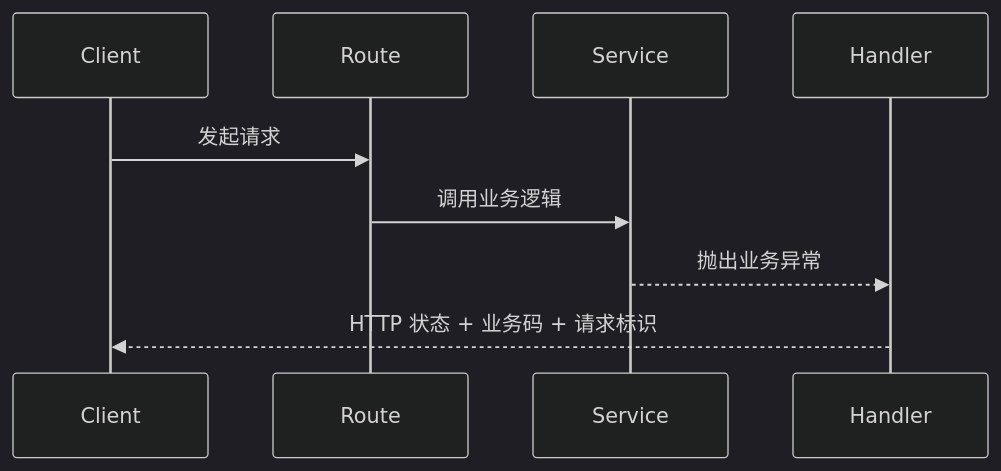
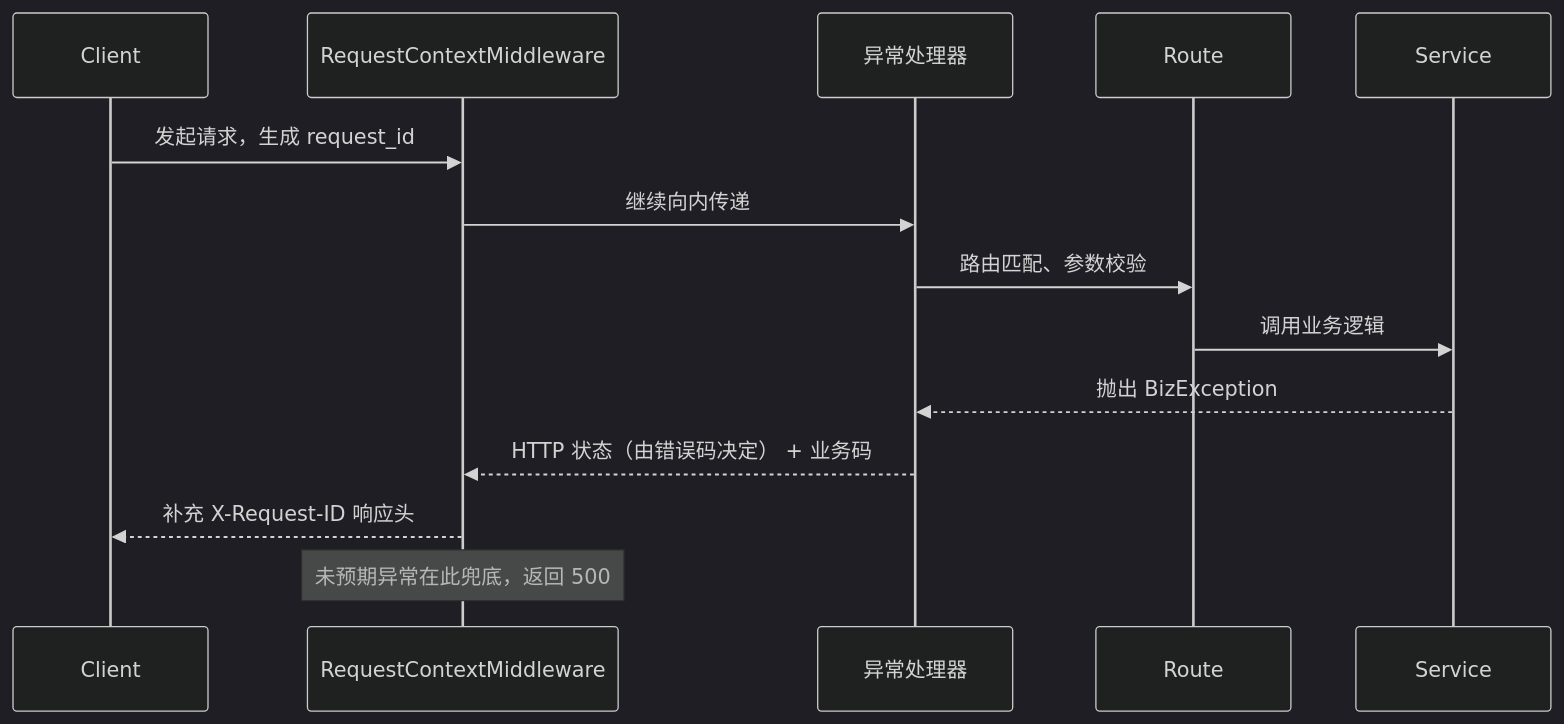
The diagram in 003_高级应用/第02章 FastAPI.md (lihongyao/python-learns), drawn with Mermaid (dark theme) before and after one commit. The commit also changed other lines of this file, not shown here.

````diff
--- a/003_高级应用/第02章 FastAPI.md
+++ b/003_高级应用/第02章 FastAPI.md
@@ -1463,11 +1463,16 @@
 ```mermaid
 sequenceDiagram
     participant Client
+    participant Middleware as RequestContextMiddleware
+    participant Handler as 异常处理器
     participant Route
     participant Service
-    participant Handler
-    Client->>Route: 发起请求
+    Client->>Middleware: 发起请求，生成 request_id
+    Middleware->>Handler: 继续向内传递
+    Handler->>Route: 路由匹配、参数校验
     Route->>Service: 调用业务逻辑
-    Service-->>Handler: 抛出业务异常
-    Handler-->>Client: HTTP 状态 + 业务码 + 请求标识
+    Service-->>Handler: 抛出 BizException
+    Handler-->>Middleware: HTTP 状态（由错误码决定） + 业务码
+    Middleware-->>Client: 补充 X-Request-ID 响应头
+    Note over Middleware: 未预期异常在此兜底，返回 500
 ```
````
